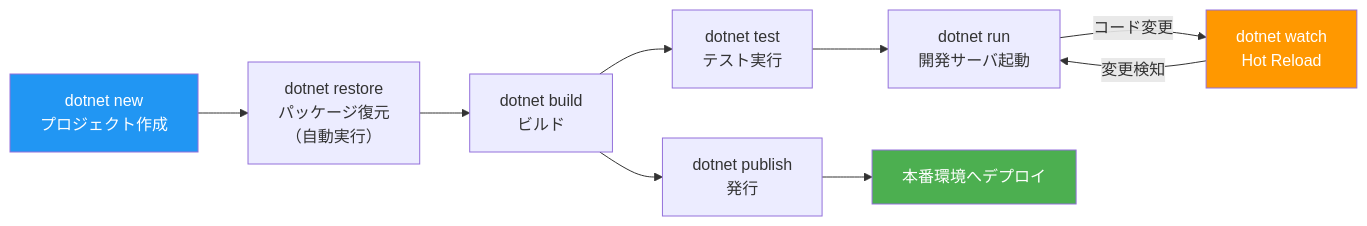
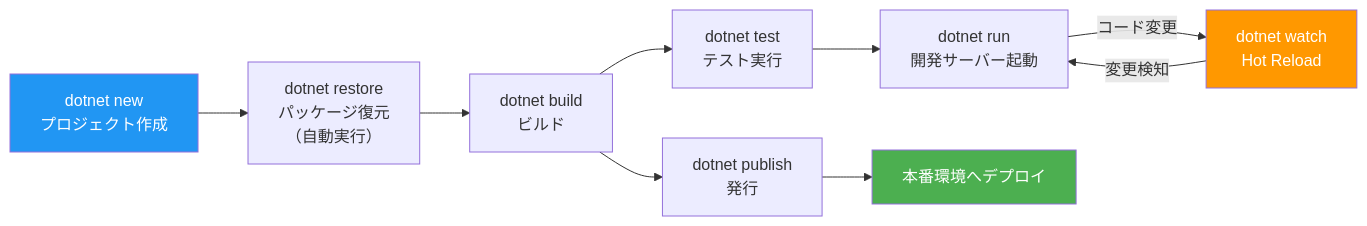
Diagram 13 of 14 in docs/01-setup-dev-env.md (microsoft/aspnetcore-ja-handbook), drawn with Mermaid before and after one commit. The commit also changed other lines of this file and 5 other files, not shown here.

````diff
--- a/docs/01-setup-dev-env.md
+++ b/docs/01-setup-dev-env.md
@@ -652,16 +652,16 @@
 ```mermaid
 flowchart LR
     New["dotnet new\nプロジェクト作成"] --> Restore["dotnet restore\nパッケージ復元\n（自動実行）"]
     Restore --> Build["dotnet build\nビルド"]
     Build --> Test["dotnet test\nテスト実行"]
-    Test --> Run["dotnet run\n開発サーバ起動"]
+    Test --> Run["dotnet run\n開発サーバー起動"]
     Run --> |コード変更| Watch["dotnet watch\nHot Reload"]
     Watch --> |変更検知| Run
 
     Build --> Publish["dotnet publish\n発行"]
     Publish --> Deploy["本番環境へデプロイ"]
 
     style New fill:#2196F3,color:#fff
     style Deploy fill:#4CAF50,color:#fff
     style Watch fill:#FF9800,color:#fff
 ```
````
